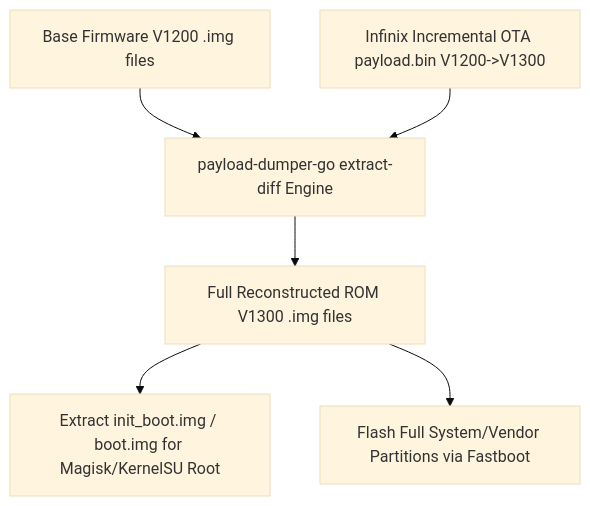
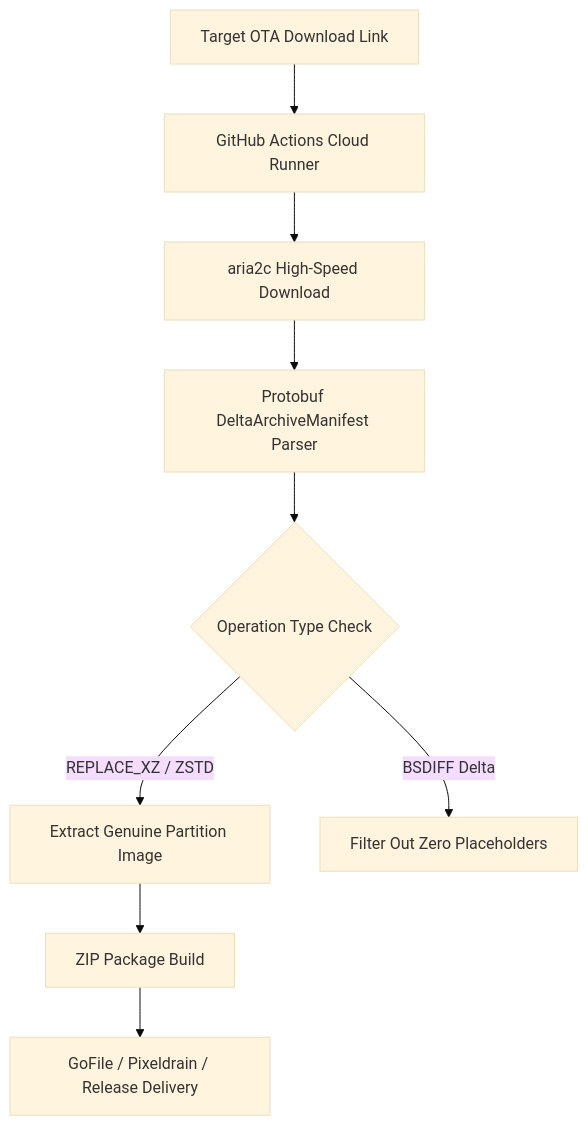
The diagram in README.md (sheikhmehraann/OTA-Extract), drawn with Mermaid (base theme) before and after one commit. The commit also changed other lines of this file and 26 other files, not shown here.

````diff
--- a/README.md
+++ b/README.md
@@ -27,8 +18,11 @@
 ```mermaid
 graph TD
-    A[Base Firmware V1200 .img files] --> C[payload-dumper-go extract-diff Engine]
-    B[Infinix Incremental OTA payload.bin V1200->V1300] --> C
-    C --> D[Full Reconstructed ROM V1300 .img files]
-    D --> E[Extract init_boot.img / boot.img for Magisk/KernelSU Root]
-    D --> F[Flash Full System/Vendor Partitions via Fastboot]
+    A[Target OTA Download Link] --> B[GitHub Actions Cloud Runner]
+    B --> C[aria2c High-Speed Download]
+    C --> D[Protobuf DeltaArchiveManifest Parser]
+    D --> E{Operation Type Check}
+    E -->|REPLACE_XZ / ZSTD| F[Extract Genuine Partition Image]
+    E -->|BSDIFF Delta| G[Filter Out Zero Placeholders]
+    F --> H[ZIP Package Build]
+    H --> I[GoFile / Pixeldrain / Release Delivery]
 ```
````
